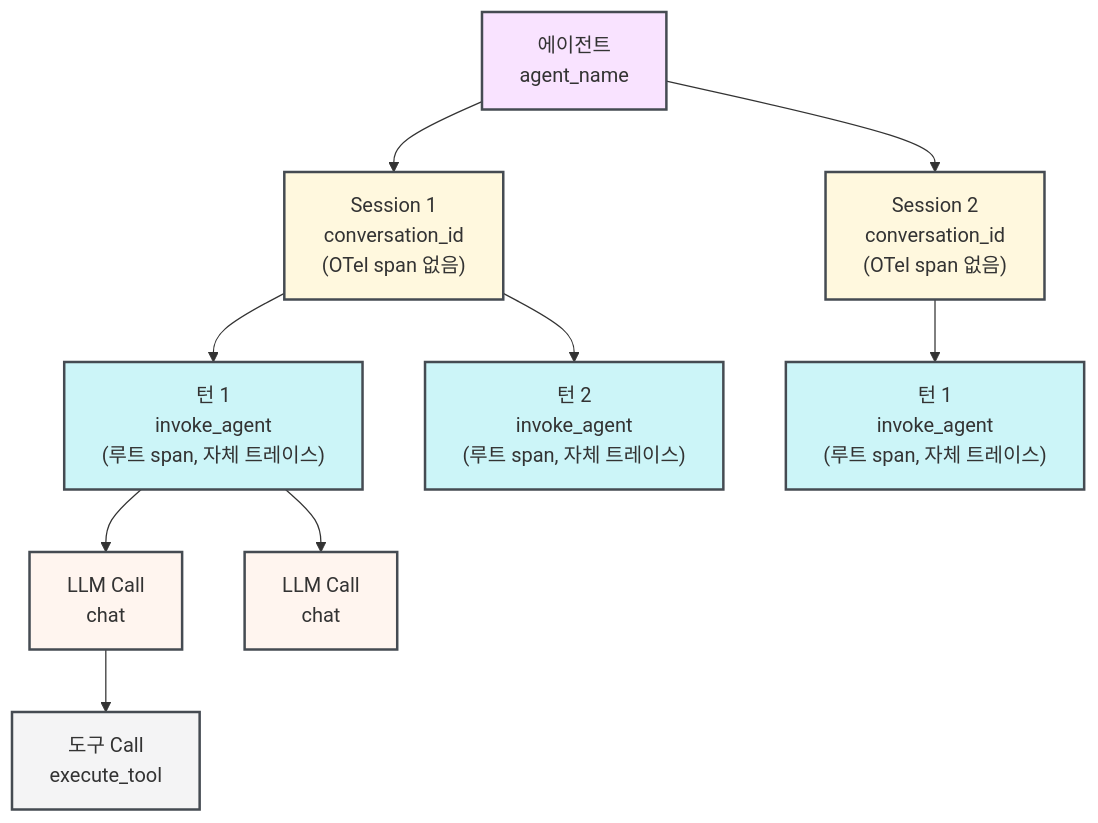
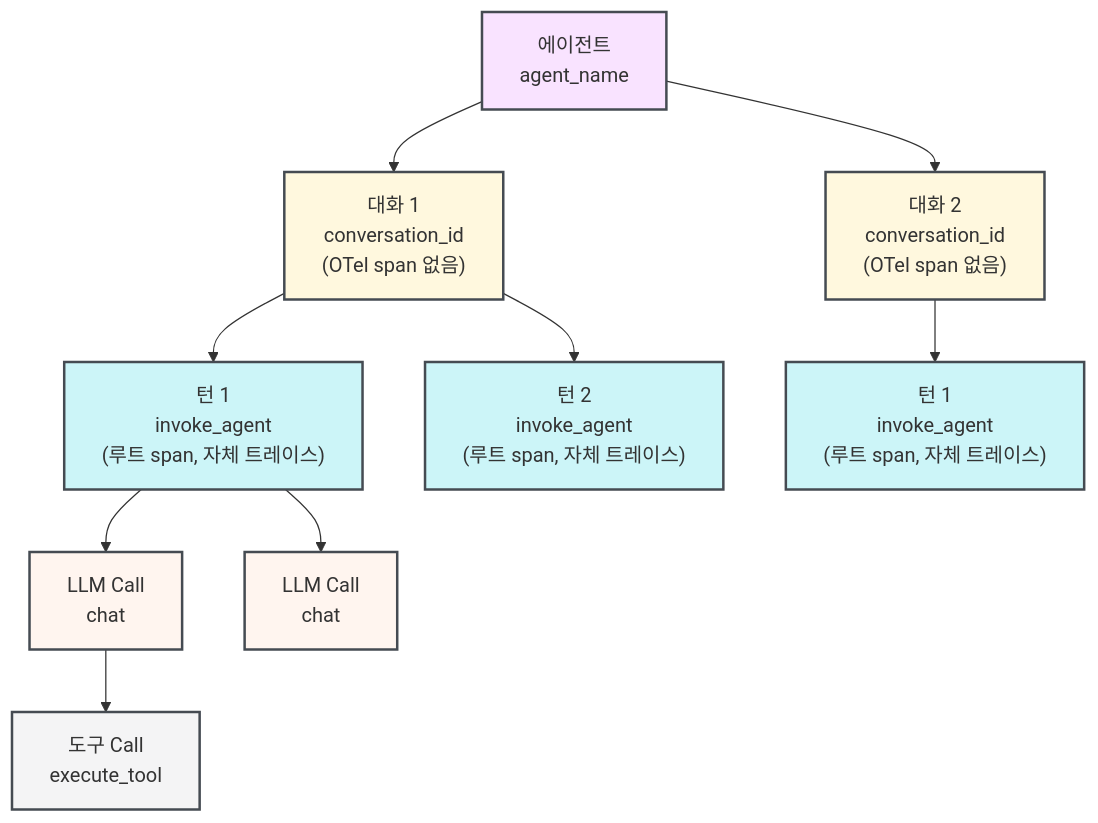
Before and after one commit to wandb/docs: the diagram in ko/weave/guides/tracking/trace-agents.mdx, drawn with Mermaid. The commit also changed other lines of this file and 42 other files, not shown here.

````diff
--- a/ko/weave/guides/tracking/trace-agents.mdx
+++ b/ko/weave/guides/tracking/trace-agents.mdx
@@ -77,34 +77,34 @@
 ```mermaid
 flowchart TB
     Agent["에이전트<br/>agent_name"]
 
     Agent --> S1 & S2
 
-    S1["Session 1<br/>conversation_id<br/>(OTel span 없음)"]
-    S2["Session 2<br/>conversation_id<br/>(OTel span 없음)"]
+    S1["대화 1<br/>conversation_id<br/>(OTel span 없음)"]
+    S2["대화 2<br/>conversation_id<br/>(OTel span 없음)"]
 
     S1 --> T1 & T2
     S2 --> T3
 
     T1["턴 1<br/>invoke_agent<br/>(루트 span, 자체 트레이스)"]
     T2["턴 2<br/>invoke_agent<br/>(루트 span, 자체 트레이스)"]
     T3["턴 1<br/>invoke_agent<br/>(루트 span, 자체 트레이스)"]
 
     T1 --> L1 & L2
     L1["LLM Call<br/>chat"]
     L2["LLM Call<br/>chat"]
 
     L1 --> Tool1["도구 Call<br/>execute_tool"]
 
     classDef agent fill:#DE72FF33,stroke:#454B52,stroke-width:2px
-    classDef session fill:#FFD95C33,stroke:#454B52,stroke-width:2px
+    classDef conversation fill:#FFD95C33,stroke:#454B52,stroke-width:2px
     classDef turn fill:#00CDDB33,stroke:#454B52,stroke-width:2px
     classDef llm fill:#FFCBAD33,stroke:#454B52,stroke-width:2px
     classDef tool fill:#f4f4f5,stroke:#454B52,stroke-width:2px
 
     class Agent agent
-    class S1,S2 session
+    class S1,S2 conversation
     class T1,T2,T3 turn
     class L1,L2 llm
     class Tool1 tool
 ```
````
